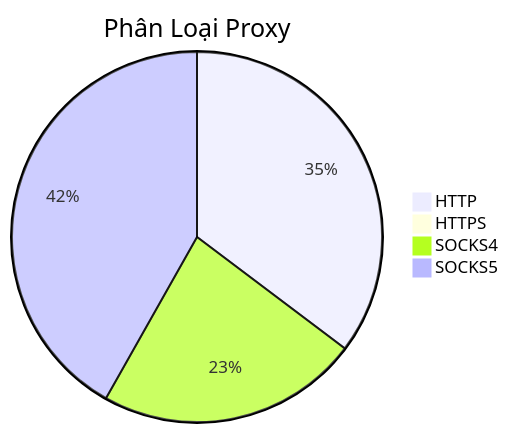
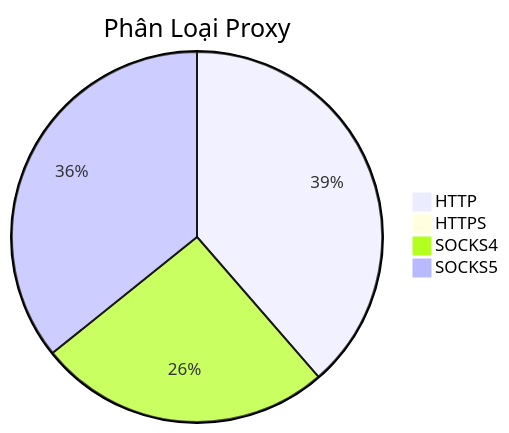
One commit to Ciara-12/PROXY-free changed the diagram in README.md. Above: the diagram before and after it, drawn with Mermaid. The commit also changed other lines of this file and 4 other files, not shown here.

````diff
--- a/README.md
+++ b/README.md
@@ -26,7 +26,7 @@
 ```mermaid
 pie title Phân Loại Proxy
-    "HTTP" : 507
-    "HTTPS" : 1
-    "SOCKS4" : 329
-    "SOCKS5" : 601
+    "HTTP" : 502
+    "HTTPS" : 0
+    "SOCKS4" : 333
+    "SOCKS5" : 465
 ```
````
